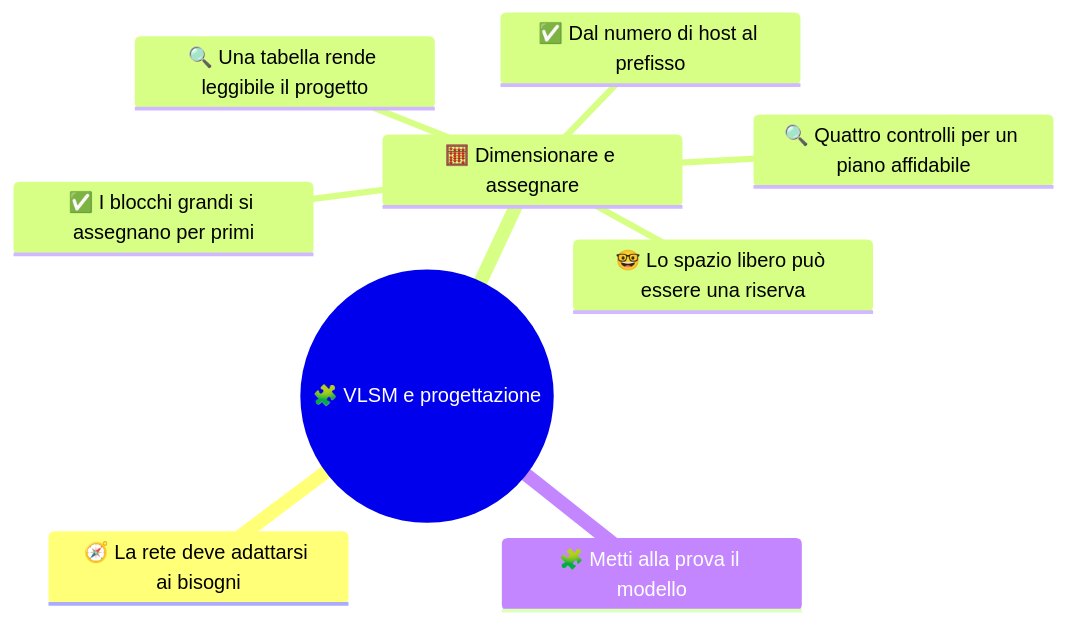
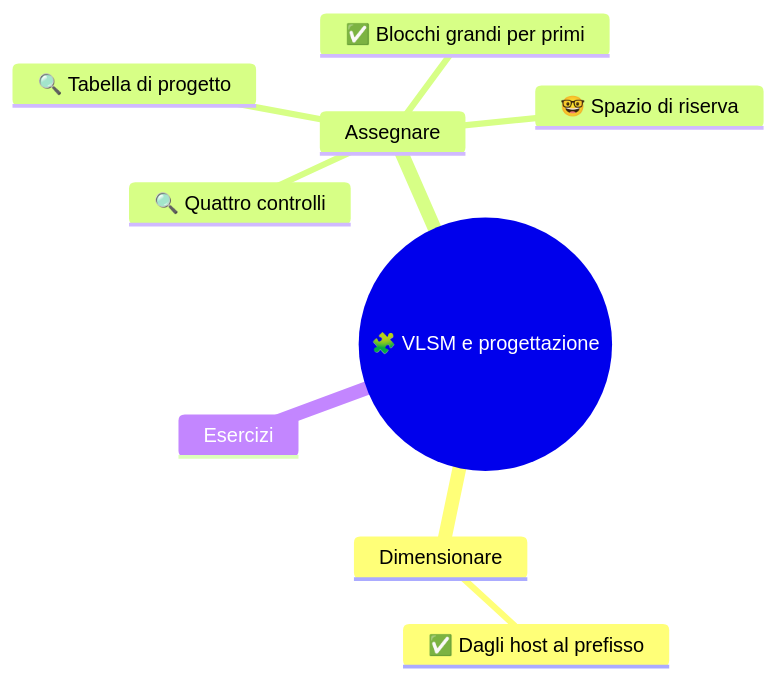
One commit to Neeqstock/dispense-caramuel changed the diagram in 4DI - Sistemi e Reti/1 SETT-OTT/(STU) 4DI sett-ott S6 - VLSM e progettazione.md. Above: the diagram before and after it, drawn with Mermaid. The commit also changed other lines of this file and 19 other files, not shown here.

Commit message:
4DI, mermaid

````diff
--- a/4DI - Sistemi e Reti/1 SETT-OTT/(STU) 4DI sett-ott S6 - VLSM e progettazione.md
+++ b/4DI - Sistemi e Reti/1 SETT-OTT/(STU) 4DI sett-ott S6 - VLSM e progettazione.md
@@ -7,12 +13,12 @@
 ```mermaid
 mindmap
   root((🧩 VLSM e progettazione))
-    🧭 La rete deve adattarsi ai bisogni
-    🧮 Dimensionare e assegnare
-      ✅ Dal numero di host al prefisso
-      ✅ I blocchi grandi si assegnano per primi
-      🔍 Quattro controlli per un piano affidabile
-      🔍 Una tabella rende leggibile il progetto
-      🤓 Lo spazio libero può essere una riserva
-    🧩 Metti alla prova il modello
+    Dimensionare
+      ✅ Dagli host al prefisso
+    Assegnare
+      ✅ Blocchi grandi per primi
+      🔍 Quattro controlli
+      🔍 Tabella di progetto
+      🤓 Spazio di riserva
+    Esercizi
 ```
````
